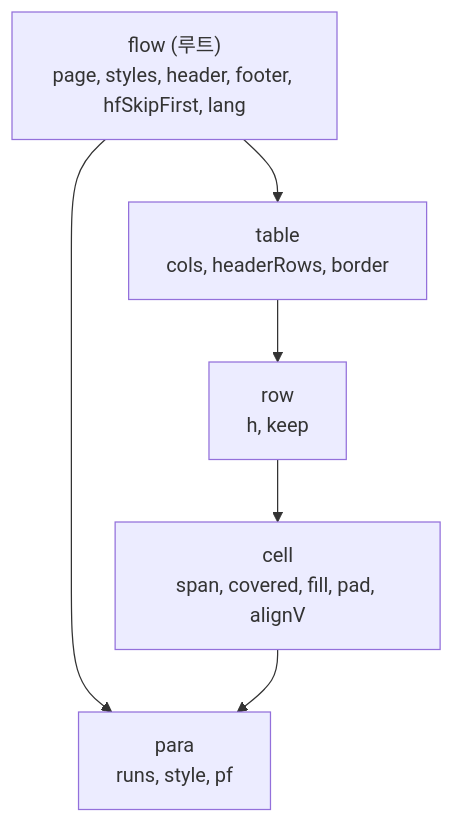
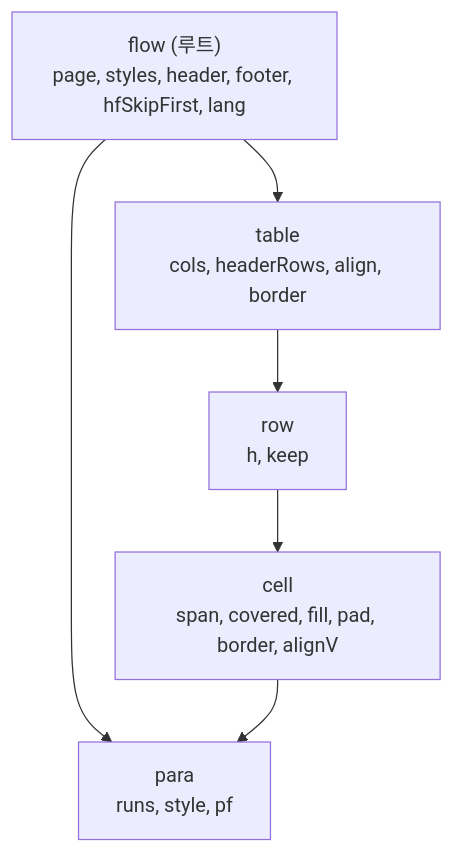
Before and after one commit to algocean1204/Kari-docs-helper-with-ai: the first of 3 diagrams in Docs/architecture/document-model.md, drawn with Mermaid. The commit also changed other lines of this file and 10 other files, not shown here.

````diff
--- a/Docs/architecture/document-model.md
+++ b/Docs/architecture/document-model.md
@@ -20,11 +20,11 @@
 ```mermaid
 flowchart TD
   flow["flow (루트)<br/>page, styles, header, footer, hfSkipFirst, lang"]
   para["para<br/>runs, style, pf"]
-  table["table<br/>cols, headerRows, border"]
+  table["table<br/>cols, headerRows, align, border"]
   row["row<br/>h, keep"]
-  cell["cell<br/>span, covered, fill, pad, alignV"]
+  cell["cell<br/>span, covered, fill, pad, border, alignV"]
   flow --> para
   flow --> table --> row --> cell
   cell --> para
 ```
````
